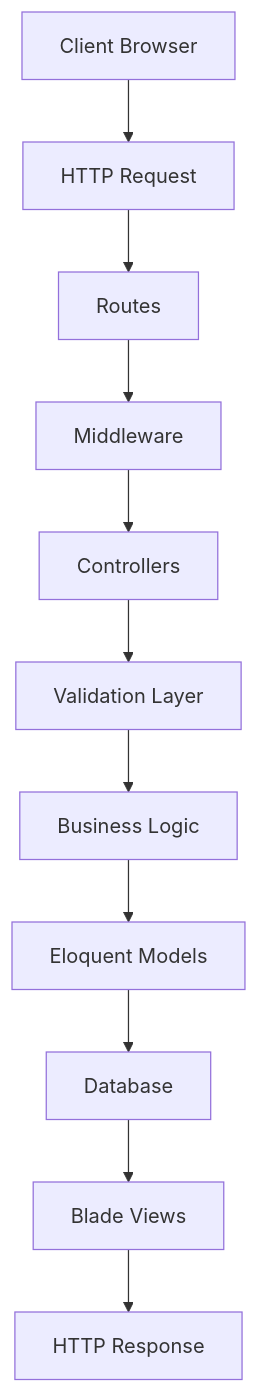
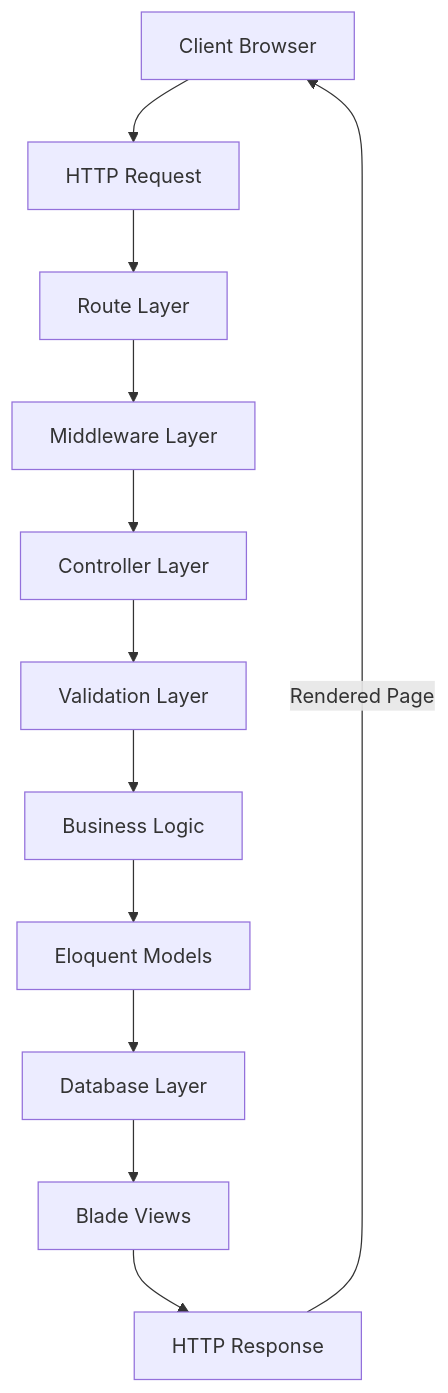
The first of 2 diagrams in README.md (yewess97/Grace), drawn with Mermaid before and after one commit. The commit also changed 1 other file, not shown here.

````diff
--- a/README.md
+++ b/README.md
@@ -234,26 +234,35 @@
 ```mermaid
 flowchart TD
-
+    
+    %% Nodes
     A[Client Browser]
     B[HTTP Request]
-    C[Routes]
-    D[Middleware]
-    E[Controllers]
+    C[Route Layer]
+    D[Middleware Layer]
+    E[Controller Layer]
     F[Validation Layer]
     G[Business Logic]
     H[Eloquent Models]
-    I[Database]
+    I[Database Layer]
     J[Blade Views]
     K[HTTP Response]
 
+    %% Flow/Connections
     A --> B
     B --> C
     C --> D
     D --> E
+
+    %% Internal Processing Split
     E --> F
     F --> G
     G --> H
+
+    %% Data & Rendering
     H --> I
     I --> J
     J --> K
+
+    %% Return Loop
+    K -->|Rendered Page| A
 ```
````
